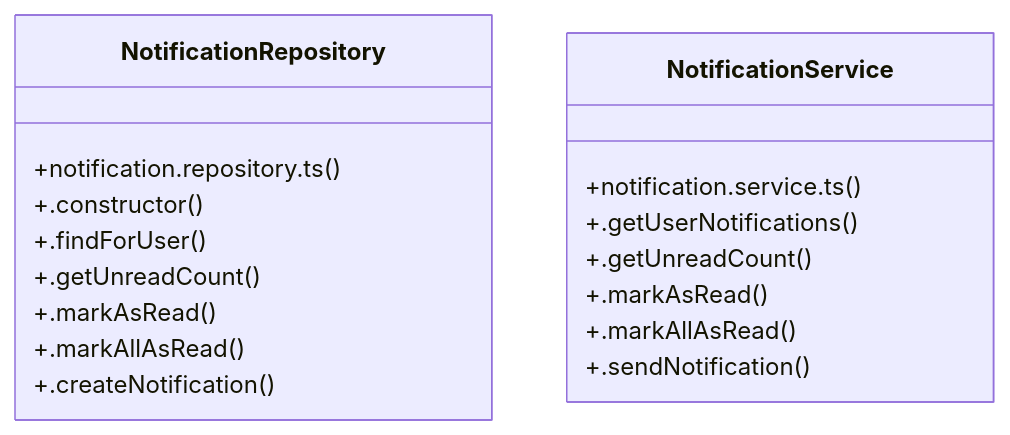
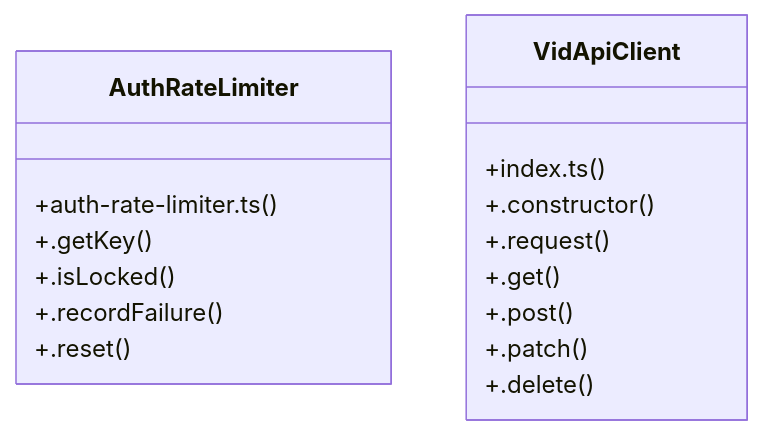
The diagram in graphify-out/wiki/[certificateId_&_instId]_Cluster.md (laxminivas06/vidforum), drawn with Mermaid before and after one commit. The commit also changed other lines of this file and 197 other files, not shown here.

Commit message:
docs(graphify): update knowledge graph with gate-r verification and provisioning

````diff
--- a/graphify-out/wiki/[certificateId_&_instId]_Cluster.md
+++ b/graphify-out/wiki/[certificateId_&_instId]_Cluster.md
@@ -25,20 +26,19 @@
 ```mermaid
 classDiagram
-    class NotificationRepository {
-        +notification.repository.ts()
+    class AuthRateLimiter {
+        +auth-rate-limiter.ts()
+        +.getKey()
+        +.isLocked()
+        +.recordFailure()
+        +.reset()
+    }
+    class VidApiClient {
+        +index.ts()
         +.constructor()
-        +.findForUser()
-        +.getUnreadCount()
-        +.markAsRead()
-        +.markAllAsRead()
-        +.createNotification()
-    }
-    class NotificationService {
-        +notification.service.ts()
-        +.getUserNotifications()
-        +.getUnreadCount()
-        +.markAsRead()
-        +.markAllAsRead()
-        +.sendNotification()
+        +.request()
+        +.get()
+        +.post()
+        +.patch()
+        +.delete()
     }
 ```
````
